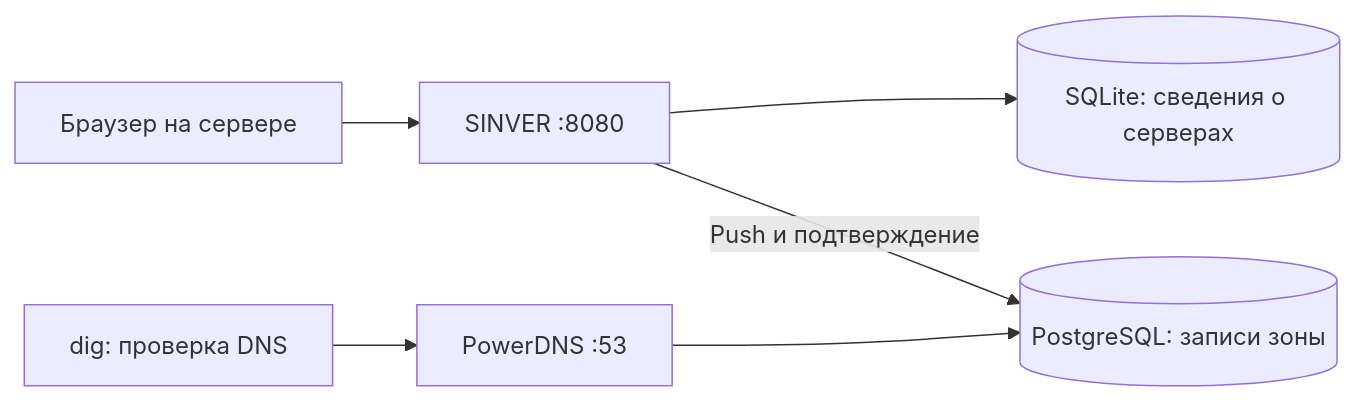
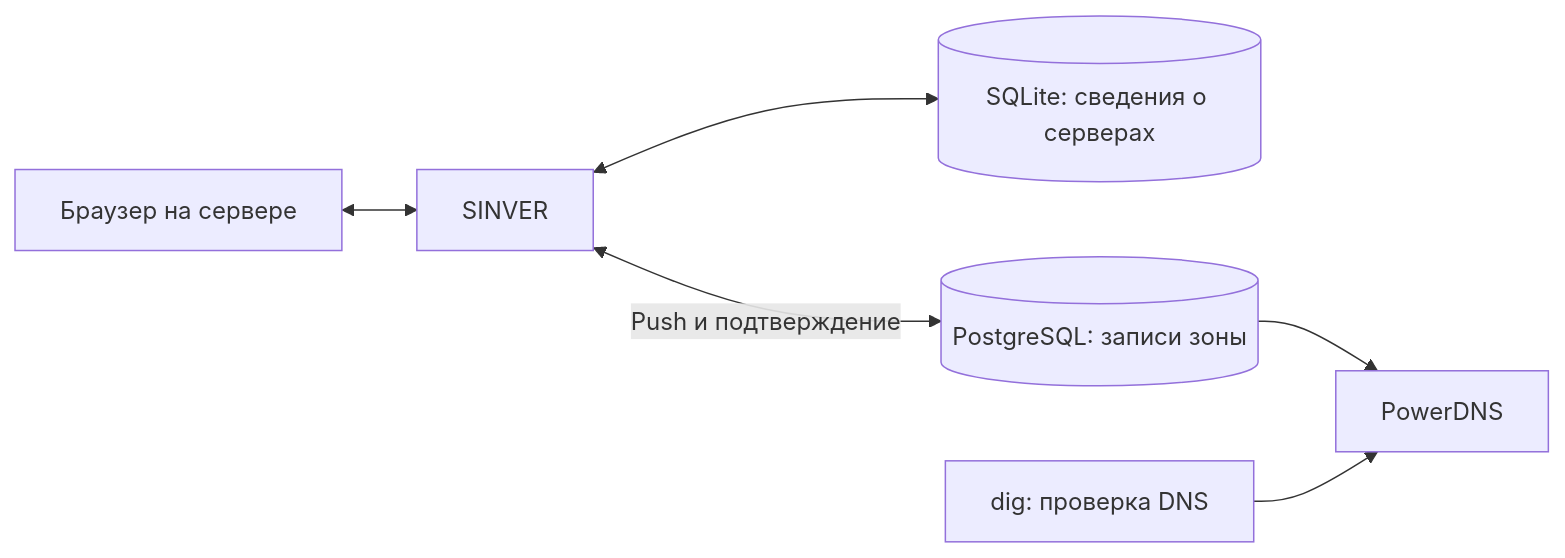
Before and after one commit to dvoropaev/SINVER: the diagram in doc/01_Quick_Start_RU.md, drawn with Mermaid. The commit also changed other lines of this file, not shown here.

````diff
--- a/doc/01_Quick_Start_RU.md
+++ b/doc/01_Quick_Start_RU.md
@@ -9,8 +10,8 @@
 ```mermaid
 flowchart LR
-    B[Браузер на сервере] --> S[SINVER :8080]
-    S --> L[(SQLite: сведения о серверах)]
-    S -->|Push и подтверждение| P[(PostgreSQL: записи зоны)]
-    D[PowerDNS :53] --> P
+    B[Браузер на сервере] <--> S[SINVER]
+    S <--> L[(SQLite: сведения о серверах)]
+    S <-->|Push и подтверждение| P[(PostgreSQL: записи зоны)]
+    P--> D[PowerDNS] 
     Q[dig: проверка DNS] --> D
 ```
````
